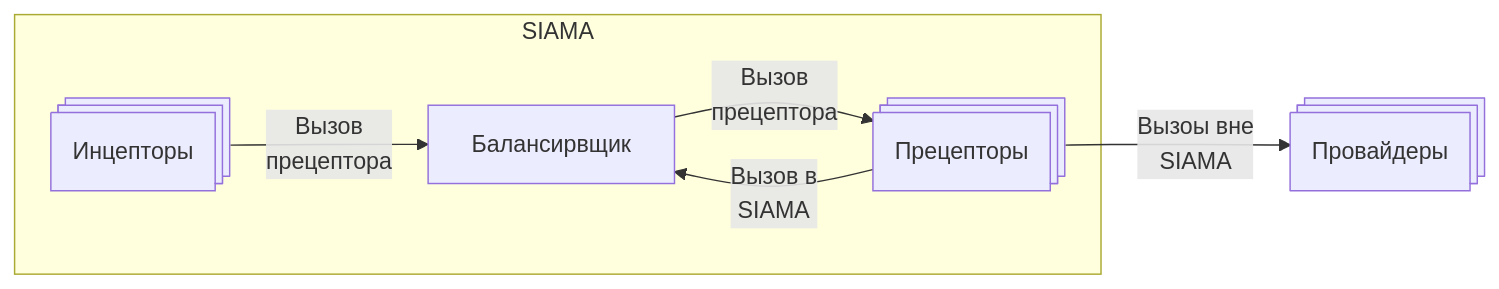
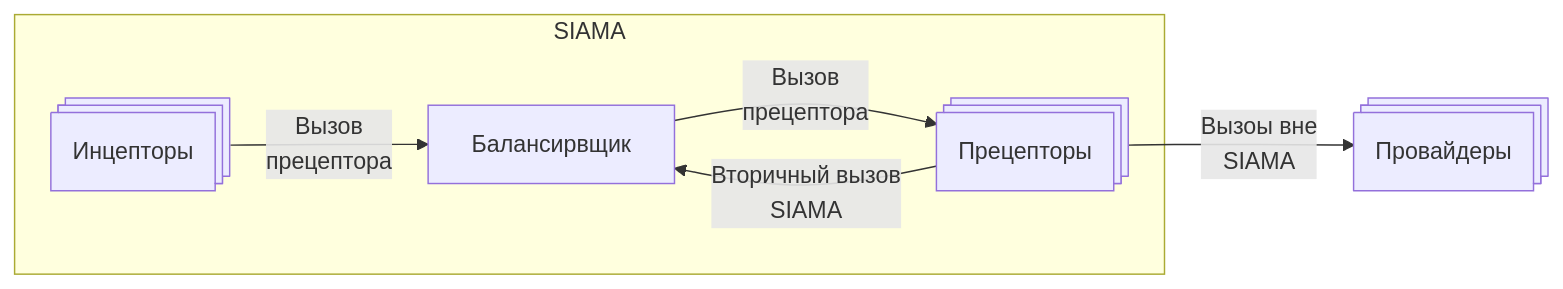
Before and after one commit to johnthesmith/scraps: the fourth of 5 diagrams in ru/siama.md, drawn with Mermaid.

````diff
--- a/ru/siama.md
+++ b/ru/siama.md
@@ -110,16 +110,16 @@
 ```mermaid
 flowchart LR
 
     subgraph SIAMA
         balancer_inner[ Балансирвщик ]
         inceptor([Инцепторы])@{ shape: processes }
         preceptor([Прецепторы])@{ shape: processes }
     end
 
     provider([Провайдеры])@{ shape: processes }
 
     inceptor --> |Вызов <br> прецептора| balancer_inner
     balancer_inner --> |Вызов <br> прецептора| preceptor
-    preceptor --> |Вызов в<br> SIAMA| balancer_inner
+    preceptor --> |Вторичный вызов <br> SIAMA| balancer_inner
     preceptor --> |Вызоы вне<br> SIAMA| provider
 ```
````
